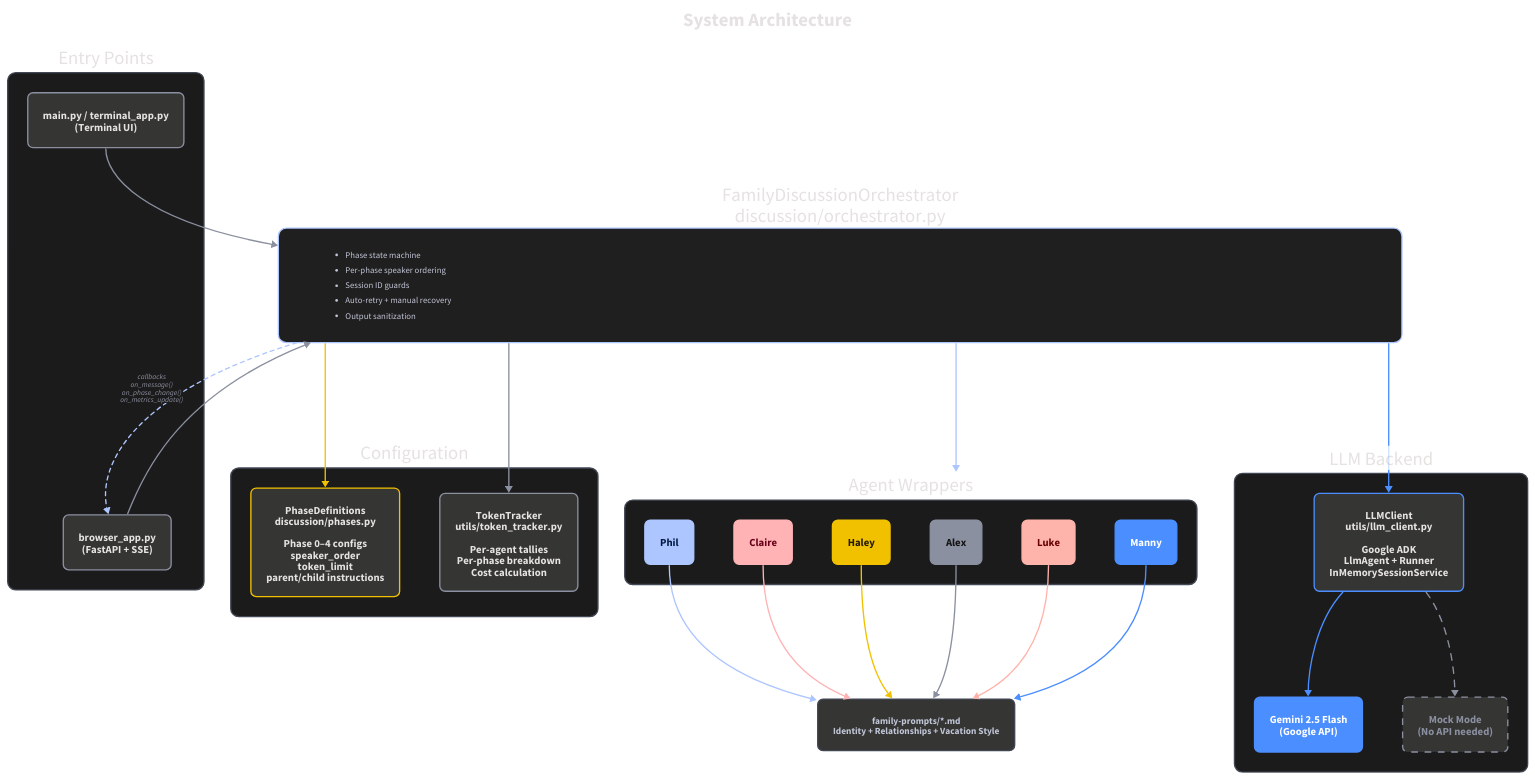
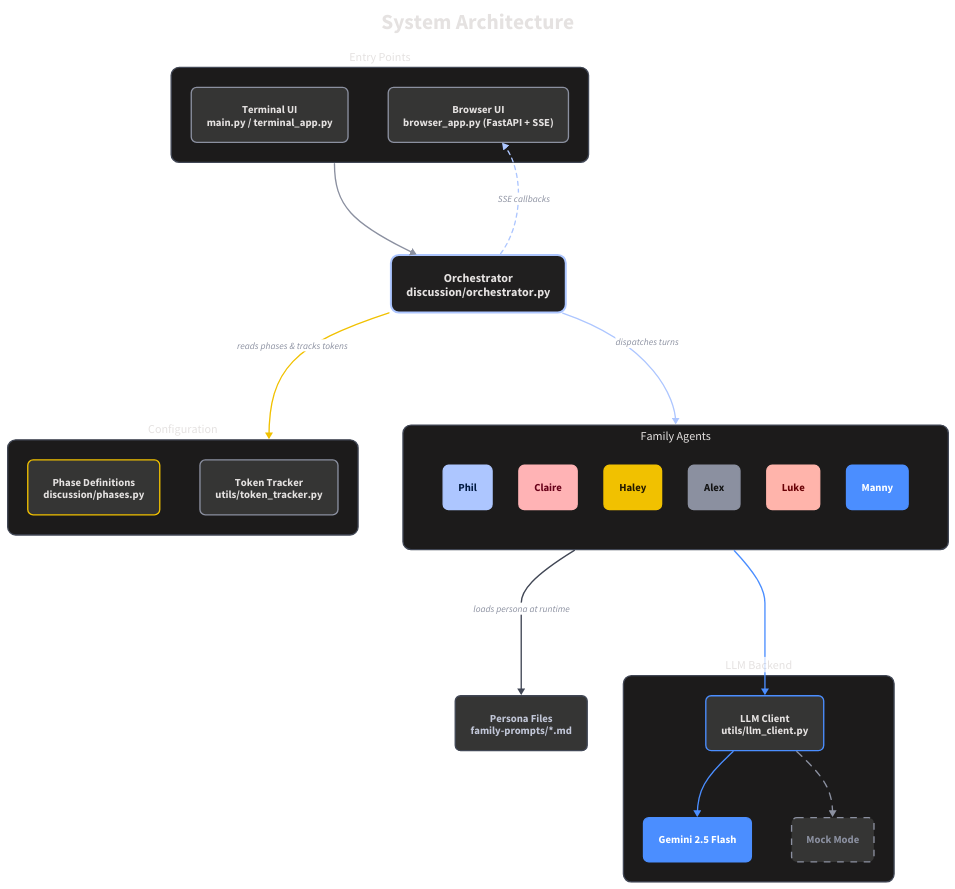
One commit to ashwinchidambaram/dunphy-family-vacation-debate changed the diagram in docs/system-architecture.d2. Above: the diagram before and after it, drawn with D2. The commit also changed 7 other files, not shown here.

First line of the commit message:
Improve README diagrams, screenshots, and add metaprompts section

```diff
--- a/docs/system-architecture.d2
+++ b/docs/system-architecture.d2
@@ -5,95 +5,64 @@
   near: top-center
   shape: text
   style: {
-    font-size: 28
+    font-size: 32
     bold: true
     font-color: "#e5e2e1"
   }
 }
 
+# --- Entry Points ---
 entry: Entry Points {
   style: {
     fill: "#1c1b1b"
     stroke: "#414755"
     border-radius: 12
     font-color: "#e5e2e1"
+    font-size: 18
   }
 
-  terminal: "main.py / terminal_app.py\n(Terminal UI)" {
+  terminal: "Terminal UI\nmain.py / terminal_app.py" {
     style: {
       fill: "#353534"
       stroke: "#8b90a0"
       border-radius: 8
       font-color: "#e5e2e1"
+      font-size: 16
     }
   }
 
-  browser: "browser_app.py\n(FastAPI + SSE)" {
+  browser: "Browser UI\nbrowser_app.py (FastAPI + SSE)" {
     style: {
       fill: "#353534"
       stroke: "#8b90a0"
       border-radius: 8
       font-color: "#e5e2e1"
+      font-size: 16
     }
   }
 }
 
-orchestrator: "FamilyDiscussionOrchestrator\ndiscussion/orchestrator.py" {
+# --- Orchestrator ---
+orchestrator: "Orchestrator\ndiscussion/orchestrator.py" {
   style: {
     fill: "#201f1f"
     stroke: "#adc6ff"
     border-radius: 12
     font-color: "#e5e2e1"
-    stroke-width: 2
-  }
-
-  features: |md
-    - Phase state machine
-    - Per-phase speaker ordering
-    - Session ID guards
-    - Auto-retry + manual recovery
-    - Output sanitization
-  | {
-    style: {
-      font-color: "#c1c6d7"
-      font-size: 13
-    }
+    stroke-width: 3
+    font-size: 18
   }
 }
 
-config: Configuration {
+# --- Agents (horizontal row) ---
+agents: Family Agents {
+  grid-columns: 6
   style: {
     fill: "#1c1b1b"
     stroke: "#414755"
     border-radius: 12
     font-color: "#e5e2e1"
-  }
-
-  phases: "PhaseDefinitions\ndiscussion/phases.py\n\nPhase 0–4 configs\nspeaker_order\ntoken_limit\nparent/child instructions" {
-    style: {
-      fill: "#353534"
-      stroke: "#f1c100"
-      border-radius: 8
-      font-color: "#e5e2e1"
-    }
-  }
-
-  tracker: "TokenTracker\nutils/token_tracker.py\n\nPer-agent tallies\nPer-phase breakdown\nCost calculation" {
-    style: {
-      fill: "#353534"
-      stroke: "#8b90a0"
-      border-radius: 8
-      font-color: "#e5e2e1"
-    }
-  }
-}
-
-agents: Agent Wrappers {
-  style: {
-    fill: "#1c1b1b"
-    stroke: "#414755"
-    border-radius: 12
-    font-color: "#e5e2e1"
+    font-size: 18
   }
 
   phil: Phil {
@@ -103,6 +72,7 @@
       border-radius: 8
       font-color: "#001a41"
       bold: true
+      font-size: 16
     }
   }
 
@@ -113,6 +83,7 @@
       border-radius: 8
       font-color: "#680019"
       bold: true
+      font-size: 16
     }
   }
 
@@ -123,6 +94,7 @@
       border-radius: 8
       font-color: "#241a00"
       bold: true
+      font-size: 16
     }
   }
 
@@ -133,6 +105,7 @@
       border-radius: 8
       font-color: "#131313"
       bold: true
+      font-size: 16
     }
   }
 
@@ -143,6 +116,7 @@
       border-radius: 8
       font-color: "#690005"
       bold: true
+      font-size: 16
     }
   }
 
@@ -153,107 +127,113 @@
       border-radius: 8
       font-color: "#ffffff"
       bold: true
+      font-size: 16
     }
   }
 }
 
-personas: "family-prompts/*.md\nIdentity + Relationships + Vacation Style" {
+# --- Side nodes ---
+personas: "Persona Files\nfamily-prompts/*.md" {
   style: {
     fill: "#353534"
     stroke: "#414755"
     border-radius: 8
     font-color: "#c1c6d7"
-    font-size: 14
+    font-size: 16
   }
 }
 
+config: "Configuration" {
+  style: {
+    fill: "#1c1b1b"
+    stroke: "#414755"
+    border-radius: 12
+    font-color: "#e5e2e1"
+    font-size: 18
+  }
+
+  phases: "Phase Definitions\ndiscussion/phases.py" {
+    style: {
+      fill: "#353534"
+      stroke: "#f1c100"
+      border-radius: 8
+      font-color: "#e5e2e1"
+      font-size: 16
+    }
+  }
+
+  tracker: "Token Tracker\nutils/token_tracker.py" {
+    style: {
+      fill: "#353534"
+      stroke: "#8b90a0"
+      border-radius: 8
+      font-color: "#e5e2e1"
+      font-size: 16
+    }
+  }
+}
+
+# --- LLM Backend ---
 llm: LLM Backend {
   style: {
     fill: "#1c1b1b"
     stroke: "#414755"
     border-radius: 12
     font-color: "#e5e2e1"
+    font-size: 18
   }
 
-  client: "LLMClient\nutils/llm_client.py\n\nGoogle ADK\nLlmAgent + Runner\nInMemorySessionService" {
+  client: "LLM Client\nutils/llm_client.py" {
     style: {
       fill: "#353534"
       stroke: "#4b8eff"
       border-radius: 8
       font-color: "#e5e2e1"
+      font-size: 16
     }
   }
 
-  gemini: "Gemini 2.5 Flash\n(Google API)" {
+  gemini: "Gemini 2.5 Flash" {
     style: {
       fill: "#4b8eff"
       stroke: "#4b8eff"
       border-radius: 8
       font-color: "#ffffff"
       bold: true
+      font-size: 16
     }
   }
 
-  mock: "Mock Mode\n(No API needed)" {
+  mock: "Mock Mode" {
     style: {
       fill: "#353534"
       stroke: "#8b90a0"
       border-radius: 8
       font-color: "#8b90a0"
       stroke-dash: 5
+      font-size: 16
     }
   }
 }
 
-# Connections
-entry.terminal -> orchestrator: {
+# --- Vertical flow connections ---
+entry -> orchestrator: {
   style: {
     stroke: "#8b90a0"
-  }
-}
-
-entry.browser -> orchestrator: {
-  style: {
-    stroke: "#8b90a0"
-  }
-}
-
-orchestrator -> entry.browser: "callbacks\non_message()\non_phase_change()\non_metrics_update()" {
-  style: {
-    stroke: "#adc6ff"
-    stroke-dash: 3
-    font-color: "#8b90a0"
-    font-size: 11
-  }
-}
-
-orchestrator -> config.phases: {
-  style: {
-    stroke: "#f1c100"
-  }
-}
-
-orchestrator -> config.tracker: {
-  style: {
-    stroke: "#8b90a0"
-  }
-}
-
-orchestrator -> agents: {
-  style: {
-    stroke: "#adc6ff"
     stroke-width: 2
   }
 }
 
-agents.phil -> personas: {style: {stroke: "#adc6ff"}}
-agents.claire -> personas: {style: {stroke: "#ffb3b5"}}
-agents.haley -> personas: {style: {stroke: "#f1c100"}}
-agents.alex -> personas: {style: {stroke: "#8b90a0"}}
-agents.luke -> personas: {style: {stroke: "#ffb4ab"}}
-agents.manny -> personas: {style: {stroke: "#4b8eff"}}
+orchestrator -> agents: "dispatches turns" {
+  style: {
+    stroke: "#adc6ff"
+    stroke-width: 2
+    font-color: "#8b90a0"
+    font-size: 14
+  }
+}
 
-orchestrator -> llm.client: {
+agents -> llm.client: {
   style: {
     stroke: "#4b8eff"
     stroke-width: 2
@@ -272,3 +252,30 @@
     stroke-dash: 5
   }
 }
+
+# --- Lateral connections ---
+orchestrator -> config: "reads phases & tracks tokens" {
+  style: {
+    stroke: "#f1c100"
+    font-color: "#8b90a0"
+    font-size: 14
+  }
+}
+
+agents -> personas: "loads persona at runtime" {
+  style: {
+    stroke: "#414755"
+    font-color: "#8b90a0"
+    font-size: 14
+  }
+}
+
+# --- Callback connection ---
+orchestrator -> entry.browser: "SSE callbacks" {
+  style: {
+    stroke: "#adc6ff"
+    stroke-dash: 3
+    font-color: "#8b90a0"
+    font-size: 14
+  }
+}
```
